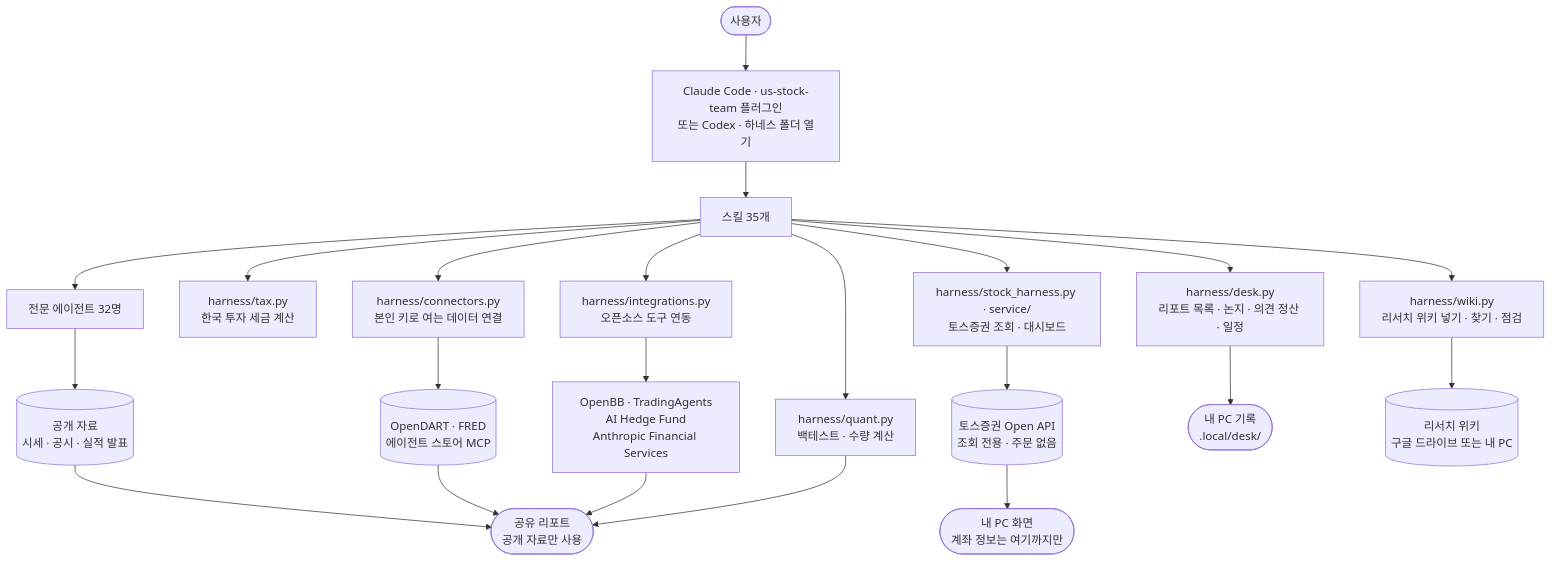
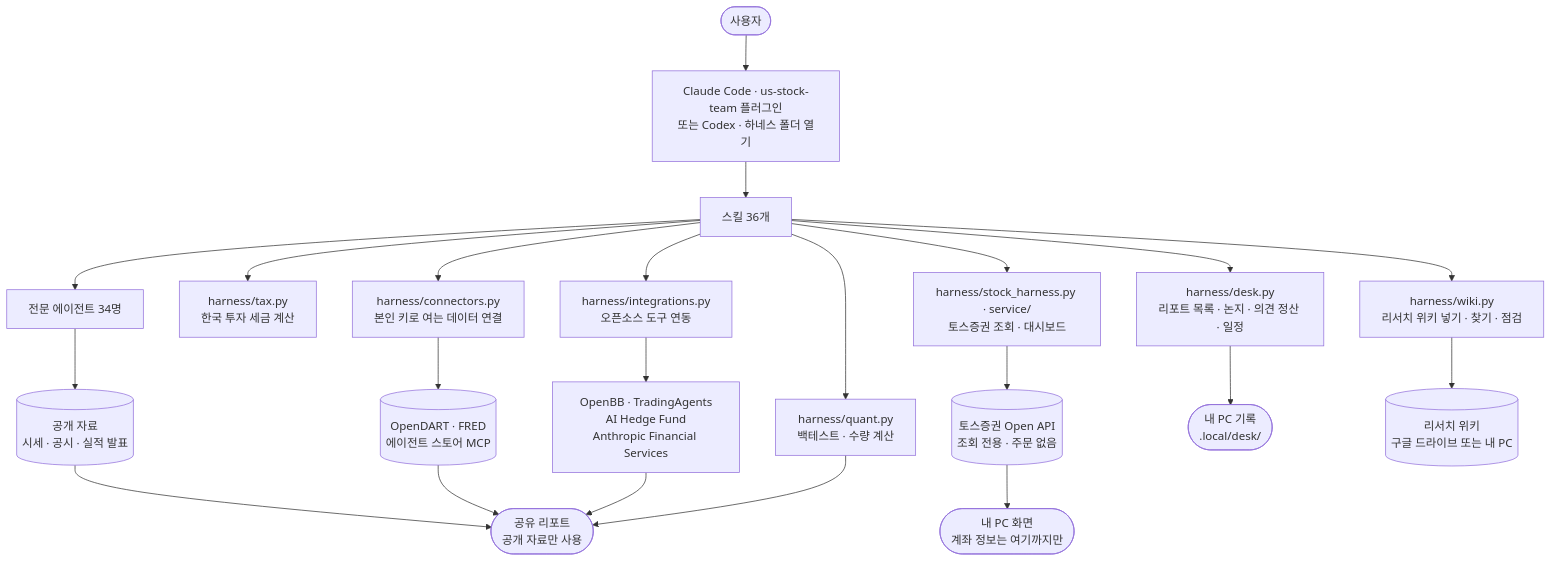
Before and after one commit to seulee26/stock-team-harness: the second of 2 diagrams in README.md, drawn with Mermaid. The commit also changed other lines of this file and 14 other files, not shown here.

````diff
--- a/README.md
+++ b/README.md
@@ -137,26 +139,26 @@
 ```mermaid
 flowchart TD
     U(["사용자"]) --> AI["Claude Code · us-stock-team 플러그인<br/>또는 Codex · 하네스 폴더 열기"]
-    AI --> SK["스킬 35개"]
-    SK --> AG["전문 에이전트 32명"]
+    AI --> SK["스킬 36개"]
+    SK --> AG["전문 에이전트 34명"]
     SK --> TX["harness/tax.py<br/>한국 투자 세금 계산"]
     SK --> WK["harness/wiki.py<br/>리서치 위키 넣기 · 찾기 · 점검"]
     SK --> DK["harness/desk.py<br/>리포트 목록 · 논지 · 의견 정산 · 일정"]
     SK --> QN["harness/quant.py<br/>백테스트 · 수량 계산"]
     SK --> CN["harness/connectors.py<br/>본인 키로 여는 데이터 연결"]
     SK --> HI["harness/integrations.py<br/>오픈소스 도구 연동"]
     SK --> HT["harness/stock_harness.py · service/<br/>토스증권 조회 · 대시보드"]
 
     AG --> PUB[("공개 자료<br/>시세 · 공시 · 실적 발표")]
     CN --> DATA[("OpenDART · FRED<br/>에이전트 스토어 MCP")]
     HI --> OSS["OpenBB · TradingAgents<br/>AI Hedge Fund<br/>Anthropic Financial Services"]
     HT --> TOSS[("토스증권 Open API<br/>조회 전용 · 주문 없음")]
 
     PUB --> REP(["공유 리포트<br/>공개 자료만 사용"])
     DATA --> REP
     OSS --> REP
     QN --> REP
     DK --> LOC(["내 PC 기록<br/>.local/desk/"])
     WK --> WIKI[("리서치 위키<br/>구글 드라이브 또는 내 PC")]
     TOSS --> PC(["내 PC 화면<br/>계좌 정보는 여기까지만"])
 ```
````
